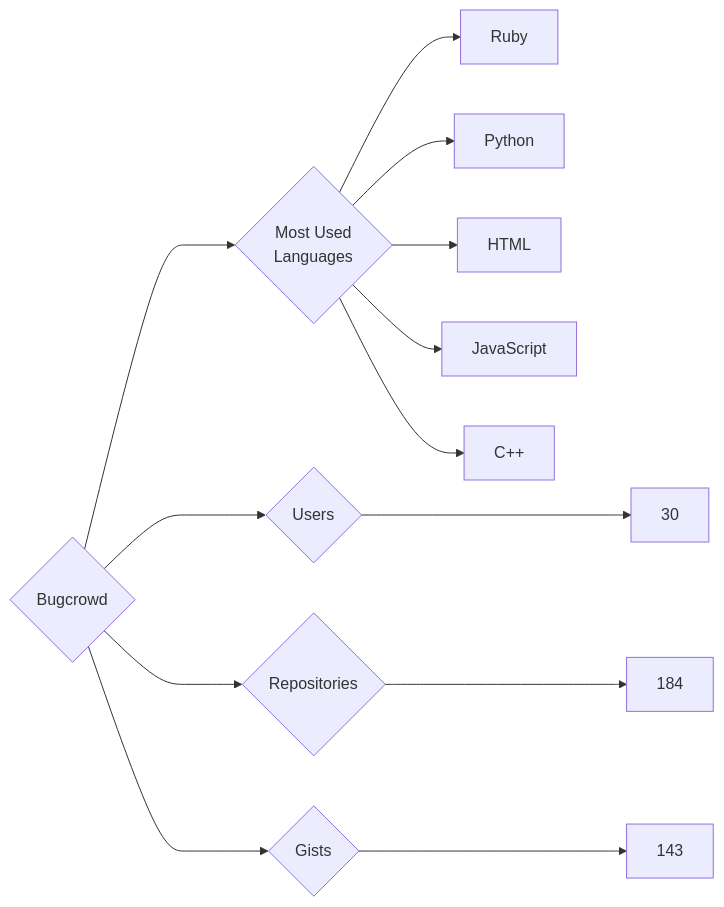
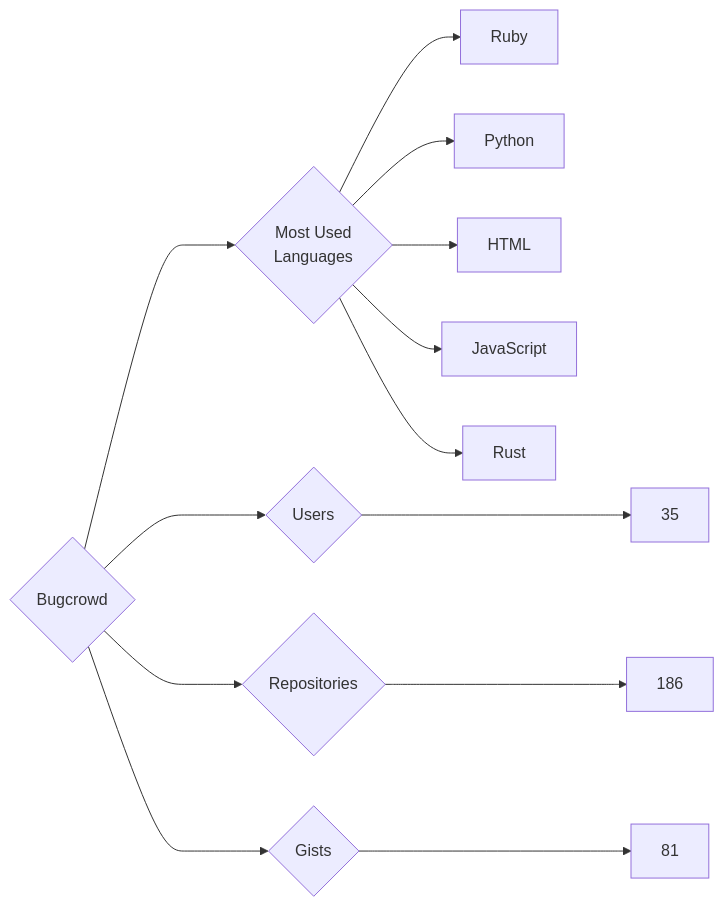
Before and after one commit to trickest/insiders: the diagram in targets/Bugcrowd/README.md, drawn with Mermaid. The commit also changed 715 other files, not shown here.

````diff
--- a/targets/Bugcrowd/README.md
+++ b/targets/Bugcrowd/README.md
@@ -3,13 +3,13 @@
 ```mermaid
 graph LR
 COMPANY_NAME{Bugcrowd}
-COMPANY_NAME ---> U{Users} ---> UN[30]
-COMPANY_NAME ---> R{Repositories} ---> RN[184]
-COMPANY_NAME ---> G{Gists} ---> GN[143]
+COMPANY_NAME ---> U{Users} ---> UN[35]
+COMPANY_NAME ---> R{Repositories} ---> RN[186]
+COMPANY_NAME ---> G{Gists} ---> GN[81]
 COMPANY_NAME ---> ML{Most Used<br>Languages}
 ML --> Ruby[Ruby]
 ML --> Python[Python]
 ML --> HTML[HTML]
 ML --> JavaScript[JavaScript]
-ML --> C++[C++]
+ML --> Rust[Rust]
 ```
````
